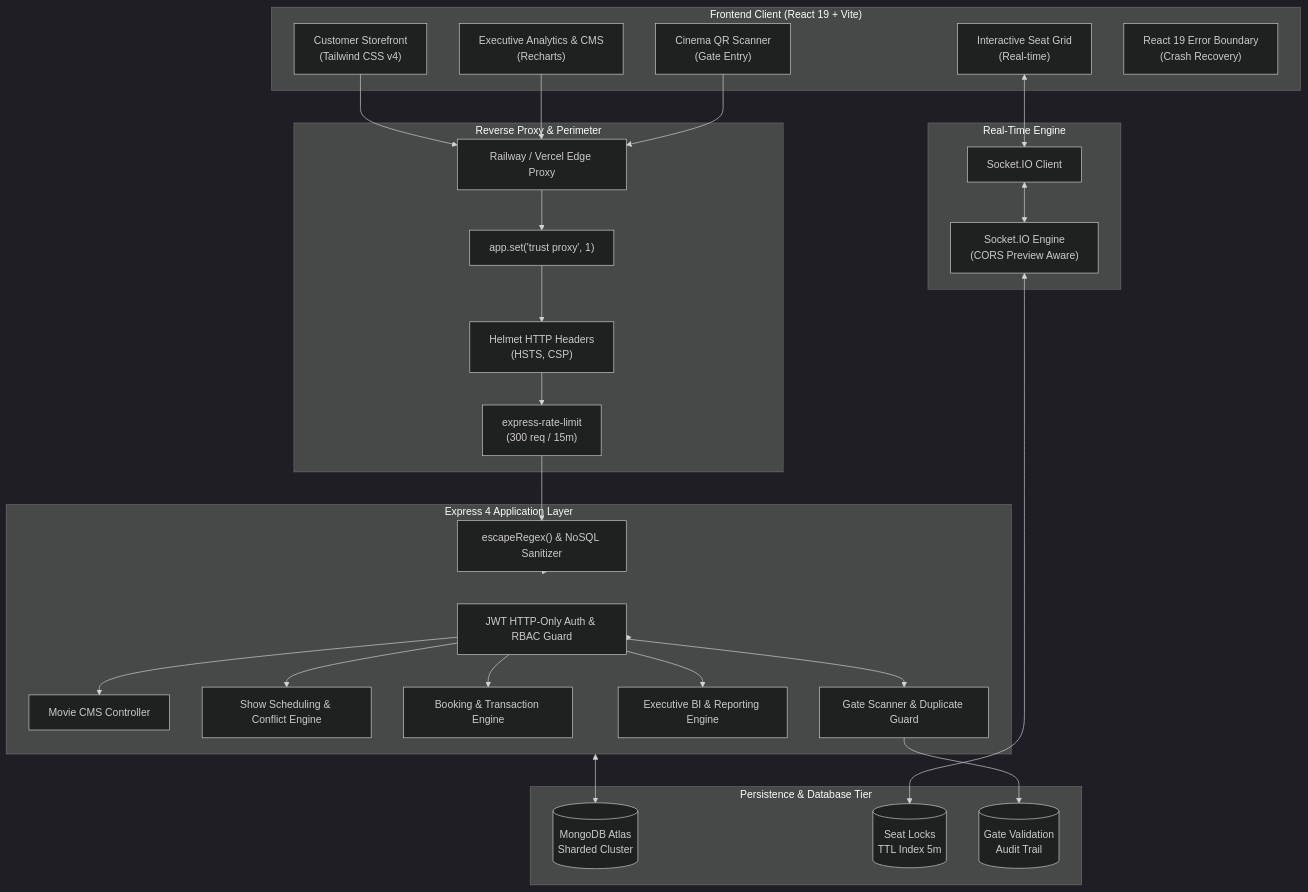
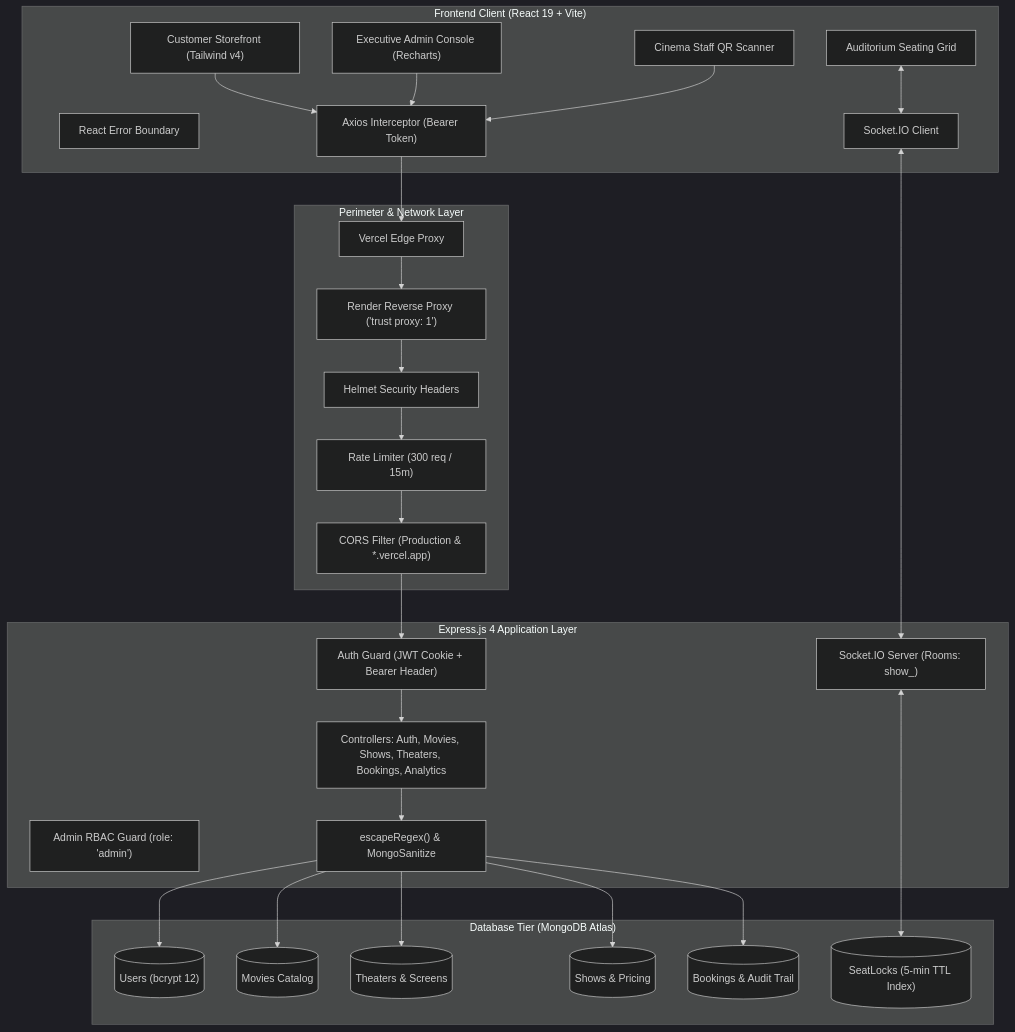
The diagram in README.md (mrfrosty7007/BookMyShow-Clone), drawn with Mermaid (dark theme) before and after one commit. The commit also changed other lines of this file and 4 other files, not shown here.

````diff
--- a/README.md
+++ b/README.md
@@ -58,57 +156,54 @@
 ```mermaid
 flowchart TD
     subgraph Client["Frontend Client (React 19 + Vite)"]
-        UI["Customer Storefront<br>(Tailwind CSS v4)"]
-        SeatMap["Interactive Seat Grid<br>(Real-time)"]
-        StaffScanner["Cinema QR Scanner<br>(Gate Entry)"]
-        AdminConsole["Executive Analytics & CMS<br>(Recharts)"]
-        ErrorBoundary["React 19 Error Boundary<br>(Crash Recovery)"]
+        UI["Customer Storefront (Tailwind v4)"]
+        SeatMap["Auditorium Seating Grid"]
+        AdminUI["Executive Admin Console (Recharts)"]
+        ScannerUI["Cinema Staff QR Scanner"]
+        ErrBoundary["React Error Boundary"]
+        AxiosClient["Axios Interceptor (Bearer Token)"]
+        SocketClient["Socket.IO Client"]
     end
 
-    subgraph RealTime["Real-Time Engine"]
-        SocketClient["Socket.IO Client"]
-        SocketServer["Socket.IO Engine<br>(CORS Preview Aware)"]
+    subgraph Gateway["Perimeter & Network Layer"]
+        VercelCDN["Vercel Edge Proxy"]
+        RenderProxy["Render Reverse Proxy ('trust proxy: 1')"]
+        RateLimit["Rate Limiter (300 req / 15m)"]
+        HelmetMW["Helmet Security Headers"]
+        CorsMW["CORS Filter (Production & *.vercel.app)"]
     end
 
-    subgraph Gateway["Reverse Proxy & Perimeter"]
-        Proxy["Railway / Vercel Edge Proxy"]
-        TrustProxy["app.set('trust proxy', 1)"]
-        RateLimiter["express-rate-limit<br>(300 req / 15m)"]
-        HelmetMW["Helmet HTTP Headers<br>(HSTS, CSP)"]
+    subgraph BackendAPI["Express.js 4 Application Layer"]
+        AuthMW["Auth Guard (JWT Cookie + Bearer Header)"]
+        AdminMW["Admin RBAC Guard (role: 'admin')"]
+        Sanitizer["escapeRegex() & MongoSanitize"]
+        Controllers["Controllers: Auth, Movies, Shows, Theaters, Bookings, Analytics"]
+        SocketEngine["Socket.IO Server (Rooms: show_<id>)"]
     end
 
-    subgraph Backend["Express 4 Application Layer"]
-        AuthMW["JWT HTTP-Only Auth & RBAC Guard"]
-        Sanitizer["escapeRegex() & NoSQL Sanitizer"]
-        MovieCtrl["Movie CMS Controller"]
-        ShowCtrl["Show Scheduling & Conflict Engine"]
-        BookingCtrl["Booking & Transaction Engine"]
-        ValidationCtrl["Gate Scanner & Duplicate Guard"]
-        AnalyticsCtrl["Executive BI & Reporting Engine"]
+    subgraph Persistence["Database Tier (MongoDB Atlas)"]
+        UserCol[("Users (bcrypt 12)")]
+        MovieCol[("Movies Catalog")]
+        TheaterCol[("Theaters & Screens")]
+        ShowCol[("Shows & Pricing")]
+        BookingCol[("Bookings & Audit Trail")]
+        SeatLockCol[("SeatLocks (5-min TTL Index)")]
     end
 
-    subgraph Persistence["Persistence & Database Tier"]
-        MongoAtlas[("MongoDB Atlas<br>Sharded Cluster")]
-        SeatLocks[("Seat Locks<br>TTL Index 5m")]
-        AuditLogs[("Gate Validation<br>Audit Trail")]
-    end
+    UI --> AxiosClient
+    AdminUI --> AxiosClient
+    ScannerUI --> AxiosClient
+    SeatMap <--> SocketClient
 
-    UI --> Proxy
-    AdminConsole --> Proxy
-    StaffScanner --> Proxy
-    SeatMap <--> SocketClient
-    SocketClient <--> SocketServer
+    AxiosClient --> VercelCDN
+    VercelCDN --> RenderProxy
+    RenderProxy --> HelmetMW --> RateLimit --> CorsMW
 
-    Proxy --> TrustProxy --> HelmetMW --> RateLimiter --> Sanitizer --> Backend
-    SocketServer <--> SeatLocks
+    CorsMW --> AuthMW
+    AuthMW --> Controllers
+    Controllers --> Sanitizer
+    Sanitizer --> UserCol & MovieCol & TheaterCol & ShowCol & BookingCol
 
-    Backend --> AuthMW
-    AuthMW --> MovieCtrl
-    AuthMW --> ShowCtrl
-    AuthMW --> BookingCtrl
-    AuthMW --> ValidationCtrl
-    AuthMW --> AnalyticsCtrl
-
-    Backend <--> MongoAtlas
-    ValidationCtrl --> AuditLogs
+    SocketClient <--> SocketEngine
+    SocketEngine <--> SeatLockCol
 ```
````
